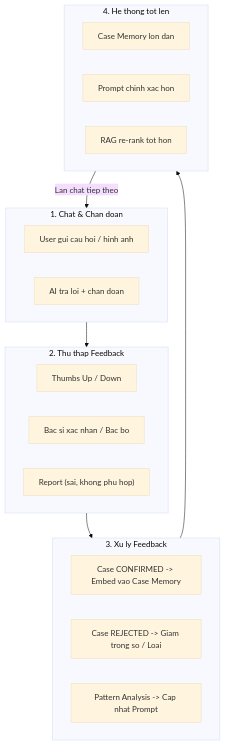
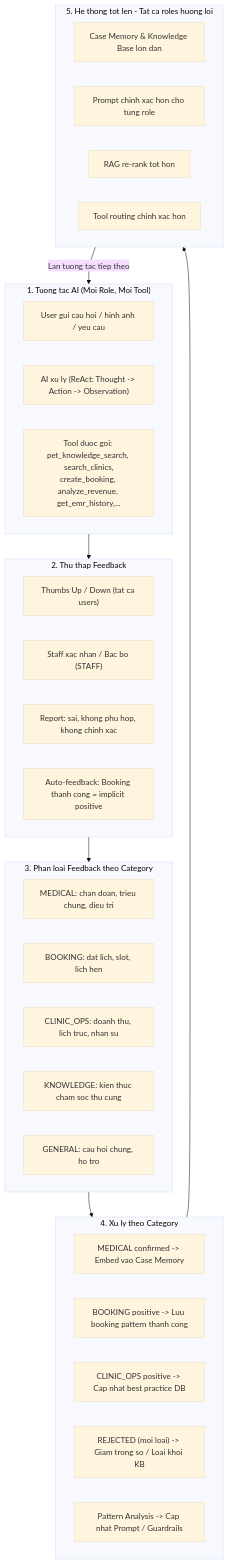
The seventh of 11 diagrams in docs-references/documentation/AI_AGENT_DATA_IMPROVEMENT_STRATEGY.md (espresso23/Petties-Veterinary-Appointment-Booking-Platform), drawn with Mermaid (base theme) before and after one commit. The commit also changed other lines of this file and 69 other files, not shown here.

First line of the commit message:
refactor: update BookingDataSeeder and DataInitializer to remove hardcoded price values and adjust staff specialty initialization

````diff
--- a/docs-references/documentation/AI_AGENT_DATA_IMPROVEMENT_STRATEGY.md
+++ b/docs-references/documentation/AI_AGENT_DATA_IMPROVEMENT_STRATEGY.md
@@ -779,30 +791,44 @@
 ```mermaid
 flowchart TB
-    subgraph CHAT["1. Chat & Chan doan"]
-        U["User gui cau hoi / hinh anh"]
-        A["AI tra loi + chan doan"]
+    subgraph CHAT["1. Tuong tac AI (Moi Role, Moi Tool)"]
+        U["User gui cau hoi / hinh anh / yeu cau"]
+        A["AI xu ly (ReAct: Thought -> Action -> Observation)"]
+        T["Tool duoc goi: pet_knowledge_search, search_clinics,\ncreate_booking, analyze_revenue, get_emr_history,..."]
     end
     
     subgraph FEEDBACK["2. Thu thap Feedback"]
-        F1["Thumbs Up / Down"]
-        F2["Bac si xac nhan / Bac bo"]
-        F3["Report (sai, khong phu hop)"]
+        F1["Thumbs Up / Down (tat ca users)"]
+        F2["Staff xac nhan / Bac bo (STAFF)"]
+        F3["Report: sai, khong phu hop, khong chinh xac"]
+        F4["Auto-feedback: Booking thanh cong = implicit positive"]
     end
     
-    subgraph PROCESS["3. Xu ly Feedback"]
-        P1["Case CONFIRMED -> Embed vao Case Memory"]
-        P2["Case REJECTED -> Giam trong so / Loai"]
-        P3["Pattern Analysis -> Cap nhat Prompt"]
+    subgraph CLASSIFY["3. Phan loai Feedback theo Category"]
+        C1["MEDICAL: chan doan, trieu chung, dieu tri"]
+        C2["BOOKING: dat lich, slot, lich hen"]
+        C3["CLINIC_OPS: doanh thu, lich truc, nhan su"]
+        C4["KNOWLEDGE: kien thuc cham soc thu cung"]
+        C5["GENERAL: cau hoi chung, ho tro"]
     end
     
-    subgraph IMPROVE["4. He thong tot len"]
-        I1["Case Memory lon dan"]
-        I2["Prompt chinh xac hon"]
+    subgraph PROCESS["4. Xu ly theo Category"]
+        P1["MEDICAL confirmed -> Embed vao Case Memory"]
+        P2["BOOKING positive -> Luu booking pattern thanh cong"]
+        P3["CLINIC_OPS positive -> Cap nhat best practice DB"]
+        P4["REJECTED (moi loai) -> Giam trong so / Loai khoi KB"]
+        P5["Pattern Analysis -> Cap nhat Prompt / Guardrails"]
+    end
+    
+    subgraph IMPROVE["5. He thong tot len - Tat ca roles huong loi"]
+        I1["Case Memory & Knowledge Base lon dan"]
+        I2["Prompt chinh xac hon cho tung role"]
         I3["RAG re-rank tot hon"]
+        I4["Tool routing chinh xac hon"]
     end
     
     CHAT --> FEEDBACK
-    FEEDBACK --> PROCESS
+    FEEDBACK --> CLASSIFY
+    CLASSIFY --> PROCESS
     PROCESS --> IMPROVE
-    IMPROVE -->|"Lan chat tiep theo"| CHAT
+    IMPROVE -->|"Lan tuong tac tiep theo"| CHAT
 ```
````
